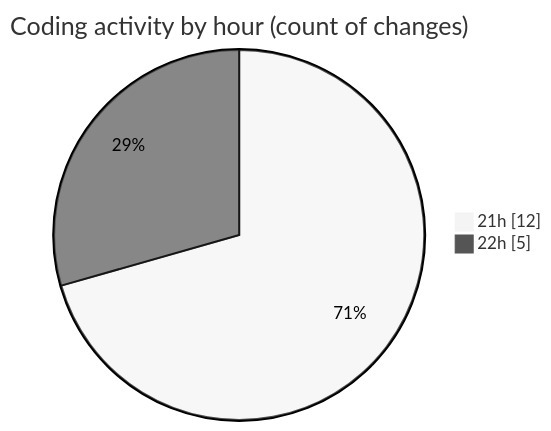
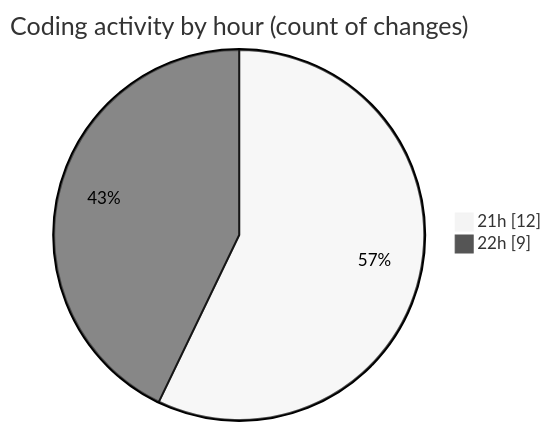
Before and after one commit to Elitesun/code-tracking: the second of 2 diagrams in 2025-03-08/elitesgpt/README.md, drawn with Mermaid (neutral theme). The commit also changed other lines of this file and 1 other file, not shown here.

````diff
--- a/2025-03-08/elitesgpt/README.md
+++ b/2025-03-08/elitesgpt/README.md
@@ -28,6 +28,6 @@
 ```mermaid
 pie showData
 title Coding activity by hour (count of changes)
 "21h" : 12
-"22h" : 5
+"22h" : 9
 ```
````
